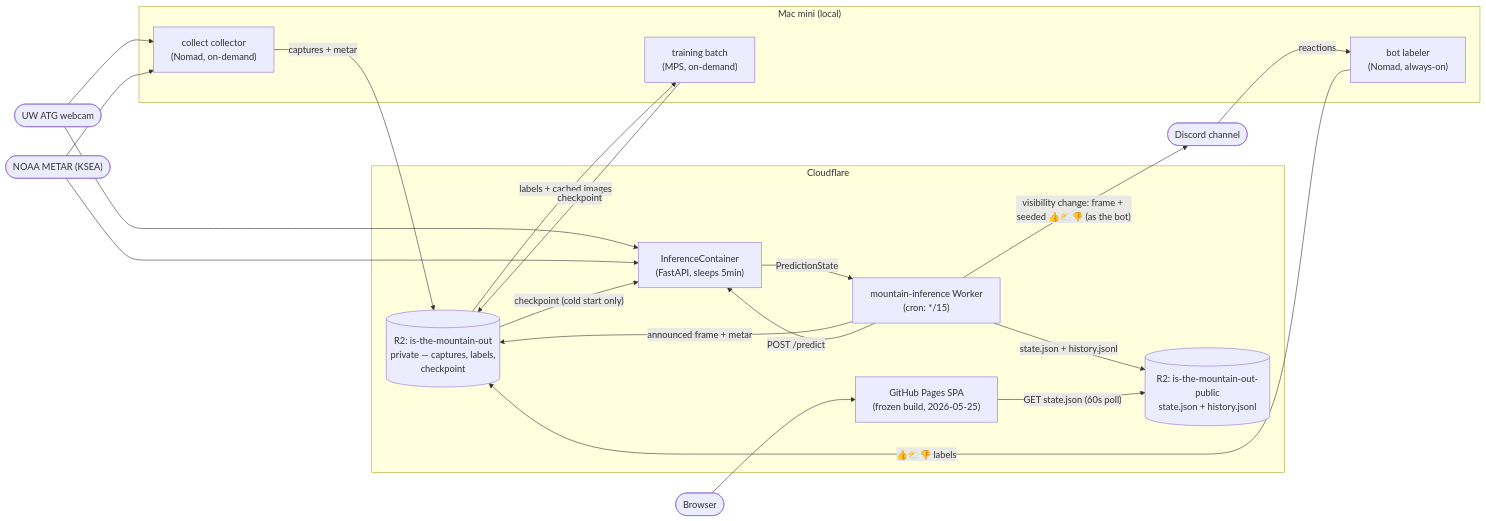
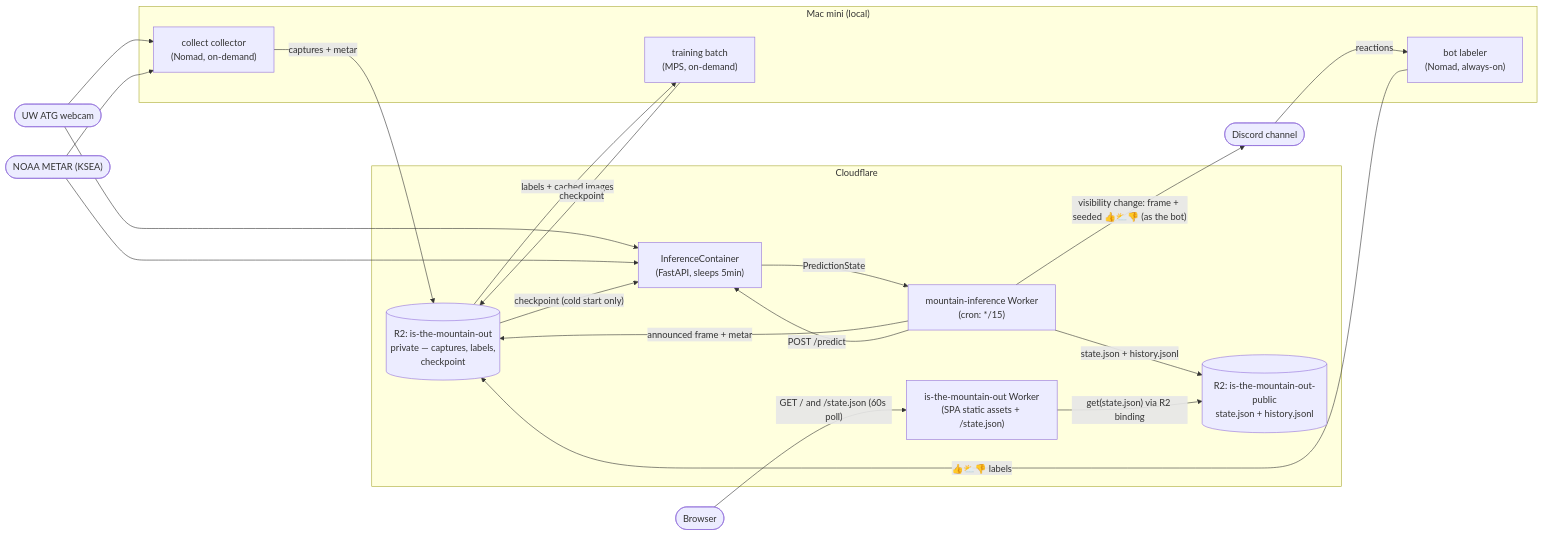
One commit to robogeosociety/is-the-mountain-out changed the first of 3 diagrams in README.md. Above: the diagram before and after it, drawn with Mermaid. The commit also changed other lines of this file and 14 other files, not shown here.

````diff
--- a/README.md
+++ b/README.md
@@ -92,38 +64,38 @@
 ```mermaid
 flowchart LR
   subgraph local["Mac mini (local)"]
     collector["collect collector<br/>(Nomad, on-demand)"]
     labeler["bot labeler<br/>(Nomad, always-on)"]
     trainer["training batch<br/>(MPS, on-demand)"]
   end
 
   subgraph cf["Cloudflare"]
     worker["mountain-inference Worker<br/>(cron: */15)"]
     container["InferenceContainer<br/>(FastAPI, sleeps 5min)"]
     r2priv[("R2: is-the-mountain-out<br/>private — captures, labels,<br/>checkpoint")]
     r2pub[("R2: is-the-mountain-out-public<br/>state.json + history.jsonl")]
-    ghp["GitHub Pages SPA<br/>(frozen build, 2026-05-25)"]
+    site["is-the-mountain-out Worker<br/>(SPA static assets + /state.json)"]
   end
 
   webcam(["UW ATG webcam"]) --> collector
   metar(["NOAA METAR (KSEA)"]) --> collector
   collector -- "captures + metar" --> r2priv
 
   worker -- "visibility change: frame + seeded 👍⛅👎 (as the bot)" --> discord(["Discord channel"])
   worker -- "announced frame + metar" --> r2priv
   discord -- "reactions" --> labeler
   labeler -- "👍⛅👎 labels" --> r2priv
 
   r2priv -- "labels + cached images" --> trainer
   trainer -- "checkpoint" --> r2priv
 
   worker -- "POST /predict" --> container
   webcam --> container
   metar --> container
   r2priv -- "checkpoint (cold start only)" --> container
   container -- "PredictionState" --> worker
   worker -- "state.json + history.jsonl" --> r2pub
 
-  browser(["Browser"]) --> ghp
-  ghp -- "GET state.json (60s poll)" --> r2pub
+  browser(["Browser"]) -- "GET / and /state.json (60s poll)" --> site
+  site -- "get(state.json) via R2 binding" --> r2pub
 ```
````
